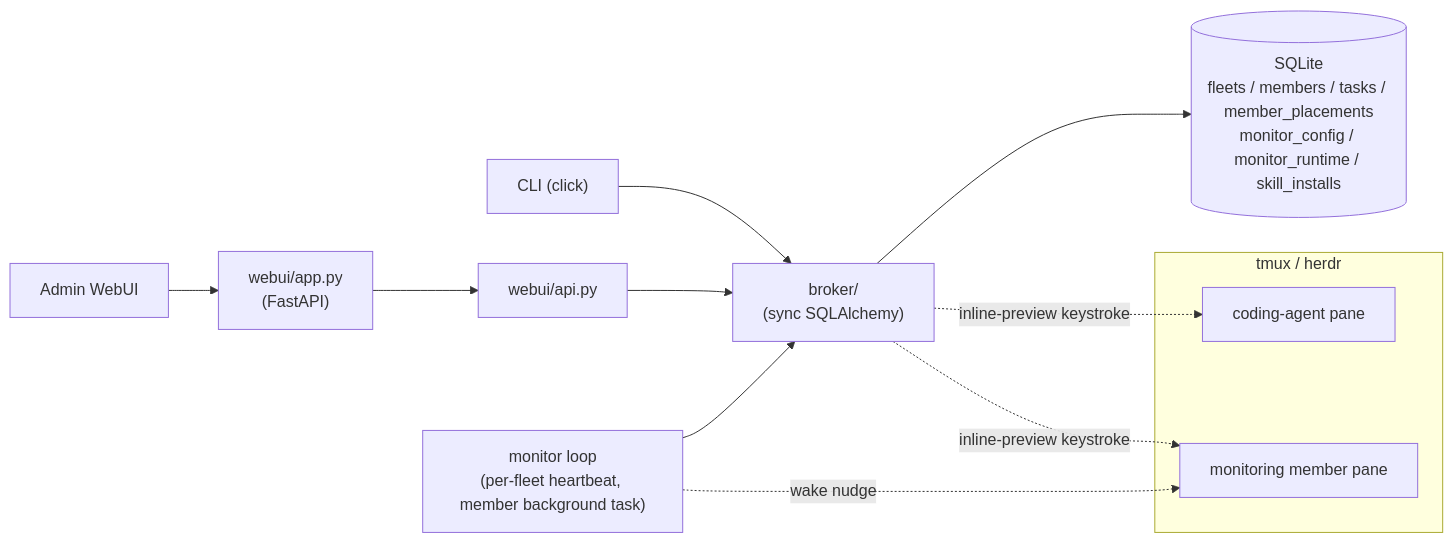
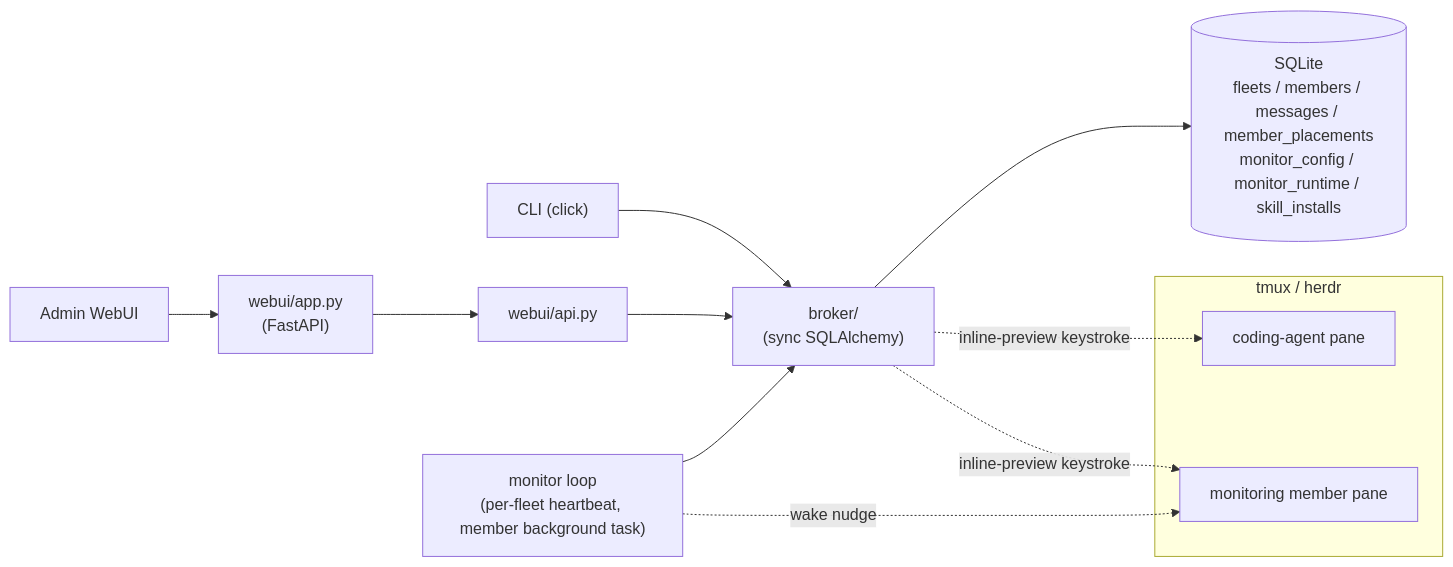
One commit to himkt/cafleet changed the diagram in docs/concepts/overview.md. Above: the diagram before and after it, drawn with Mermaid. The commit also changed 2 other files, not shown here.

Commit message:
fix: address Reviewer feedback - rename tasks-entity prose to messages

````diff
--- a/docs/concepts/overview.md
+++ b/docs/concepts/overview.md
@@ -31,17 +31,17 @@
 ```mermaid
 %%{init: {'theme': 'default', 'themeVariables': {'fontSize': '16px'}}}%%
 flowchart LR
     CLI["CLI (click)"] --> Broker["broker/<br/>(sync SQLAlchemy)"]
     WebUI["Admin WebUI"] --> Server["webui/app.py<br/>(FastAPI)"]
     Server --> WebUIAPI["webui/api.py"]
     WebUIAPI --> Broker
     Monitor["monitor loop<br/>(per-fleet heartbeat, member background task)"] --> Broker
-    Broker --> DB[(SQLite<br/>fleets / members / tasks / member_placements<br/>monitor_config / monitor_runtime / skill_installs)]
+    Broker --> DB[(SQLite<br/>fleets / members / messages / member_placements<br/>monitor_config / monitor_runtime / skill_installs)]
     subgraph Multiplexer["tmux / herdr"]
         PaneA["coding-agent pane"]
         PaneB["monitoring member pane"]
     end
     Broker -. inline-preview keystroke .-> PaneA
     Broker -. inline-preview keystroke .-> PaneB
     Monitor -. wake nudge .-> PaneB
 ```
````
